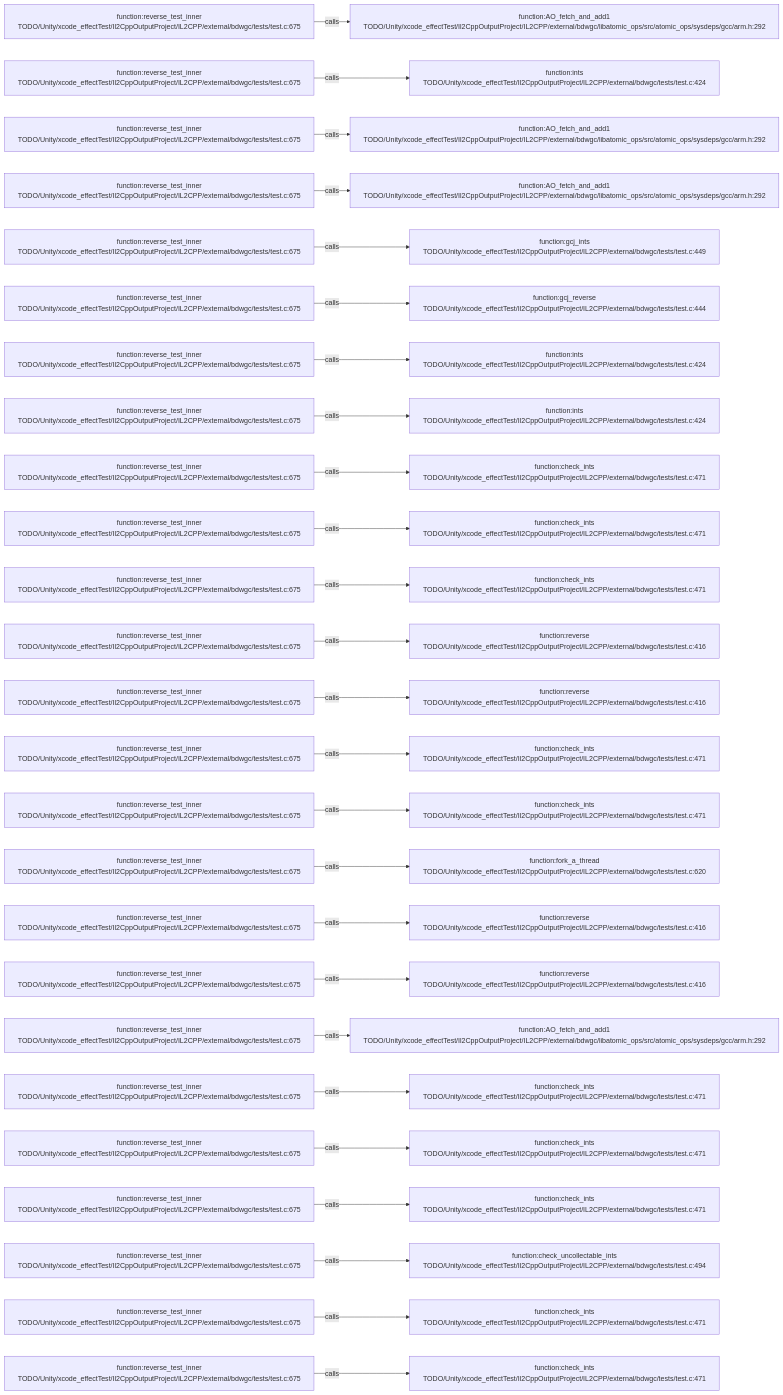
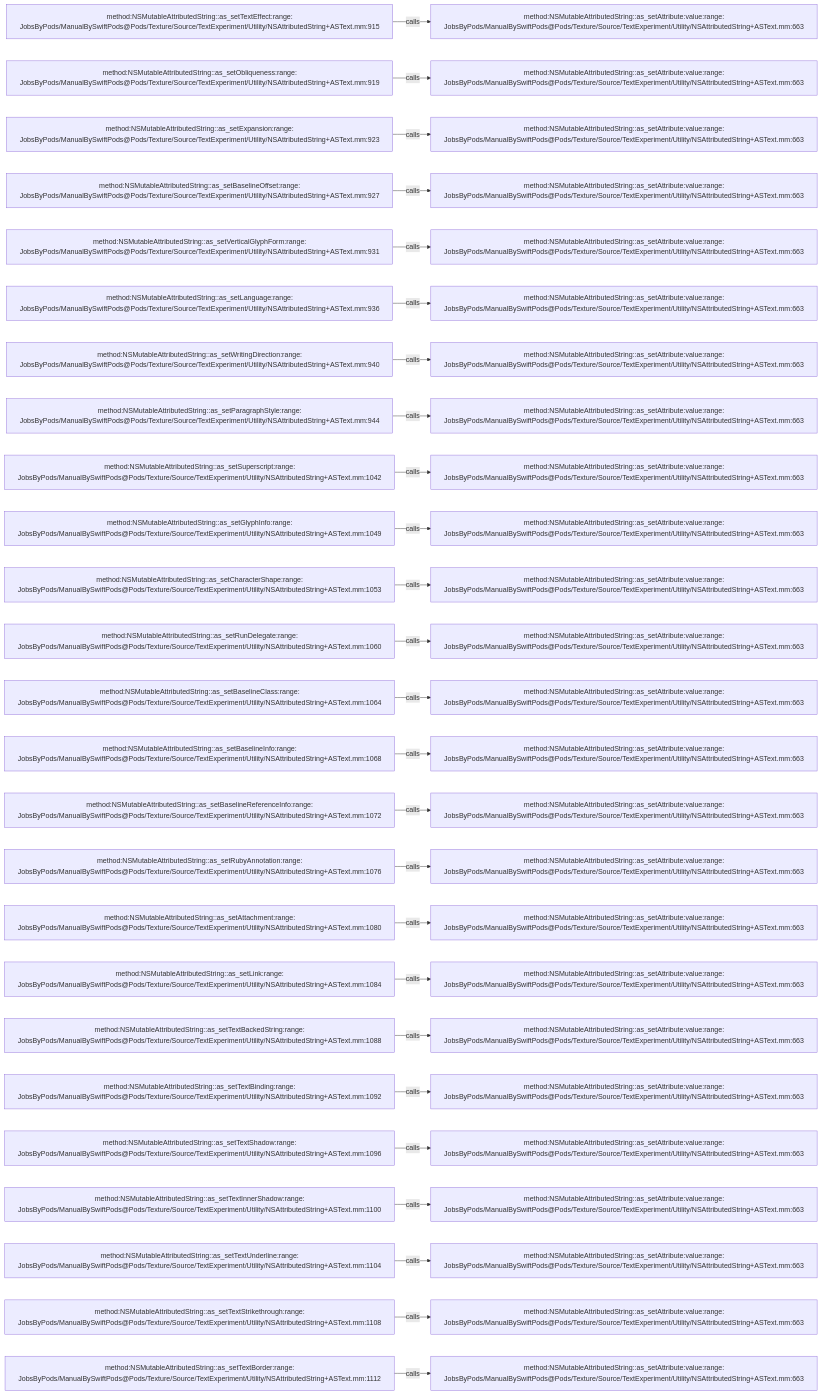
Before and after one commit to JobsKits/JobsSwiftBaseConfigDemo: the diagram in .codegraph/codegraph.md/graphs/calls-165.md, drawn with Mermaid. The commit also changed 2959 other files, not shown here.

````diff
--- a/.codegraph/codegraph.md/graphs/calls-165.md
+++ b/.codegraph/codegraph.md/graphs/calls-165.md
@@ -13,78 +13,78 @@
 ```mermaid
 flowchart LR
-  S1["function:reverse_test_inner<br/>TODO/Unity/xcode_effectTest/Il2CppOutputProject/IL2CPP/external/bdwgc/tests/test.c:675"]
-  T1["function:AO_fetch_and_add1<br/>TODO/Unity/xcode_effectTest/Il2CppOutputProject/IL2CPP/external/bdwgc/libatomic_ops/src/atomic_ops/sysdeps/gcc/arm.h:292"]
+  S1["method:NSMutableAttributedString::as_setTextEffect:range:<br/>JobsByPods/ManualBySwiftPods@Pods/Texture/Source/TextExperiment/Utility/NSAttributedString+ASText.mm:915"]
+  T1["method:NSMutableAttributedString::as_setAttribute:value:range:<br/>JobsByPods/ManualBySwiftPods@Pods/Texture/Source/TextExperiment/Utility/NSAttributedString+ASText.mm:663"]
   S1 -->|calls| T1
-  S2["function:reverse_test_inner<br/>TODO/Unity/xcode_effectTest/Il2CppOutputProject/IL2CPP/external/bdwgc/tests/test.c:675"]
-  T2["function:ints<br/>TODO/Unity/xcode_effectTest/Il2CppOutputProject/IL2CPP/external/bdwgc/tests/test.c:424"]
+  S2["method:NSMutableAttributedString::as_setObliqueness:range:<br/>JobsByPods/ManualBySwiftPods@Pods/Texture/Source/TextExperiment/Utility/NSAttributedString+ASText.mm:919"]
+  T2["method:NSMutableAttributedString::as_setAttribute:value:range:<br/>JobsByPods/ManualBySwiftPods@Pods/Texture/Source/TextExperiment/Utility/NSAttributedString+ASText.mm:663"]
   S2 -->|calls| T2
-  S3["function:reverse_test_inner<br/>TODO/Unity/xcode_effectTest/Il2CppOutputProject/IL2CPP/external/bdwgc/tests/test.c:675"]
-  T3["function:AO_fetch_and_add1<br/>TODO/Unity/xcode_effectTest/Il2CppOutputProject/IL2CPP/external/bdwgc/libatomic_ops/src/atomic_ops/sysdeps/gcc/arm.h:292"]
+  S3["method:NSMutableAttributedString::as_setExpansion:range:<br/>JobsByPods/ManualBySwiftPods@Pods/Texture/Source/TextExperiment/Utility/NSAttributedString+ASText.mm:923"]
+  T3["method:NSMutableAttributedString::as_setAttribute:value:range:<br/>JobsByPods/ManualBySwiftPods@Pods/Texture/Source/TextExperiment/Utility/NSAttributedString+ASText.mm:663"]
   S3 -->|calls| T3
-  S4["function:reverse_test_inner<br/>TODO/Unity/xcode_effectTest/Il2CppOutputProject/IL2CPP/external/bdwgc/tests/test.c:675"]
-  T4["function:AO_fetch_and_add1<br/>TODO/Unity/xcode_effectTest/Il2CppOutputProject/IL2CPP/external/bdwgc/libatomic_ops/src/atomic_ops/sysdeps/gcc/arm.h:292"]
+  S4["method:NSMutableAttributedString::as_setBaselineOffset:range:<br/>JobsByPods/ManualBySwiftPods@Pods/Texture/Source/TextExperiment/Utility/NSAttributedString+ASText.mm:927"]
+  T4["method:NSMutableAttributedString::as_setAttribute:value:range:<br/>JobsByPods/ManualBySwiftPods@Pods/Texture/Source/TextExperiment/Utility/NSAttributedString+ASText.mm:663"]
   S4 -->|calls| T4
-  S5["function:reverse_test_inner<br/>TODO/Unity/xcode_effectTest/Il2CppOutputProject/IL2CPP/external/bdwgc/tests/test.c:675"]
-  T5["function:gcj_ints<br/>TODO/Unity/xcode_effectTest/Il2CppOutputProject/IL2CPP/external/bdwgc/tests/test.c:449"]
+  S5["method:NSMutableAttributedString::as_setVerticalGlyphForm:range:<br/>JobsByPods/ManualBySwiftPods@Pods/Texture/Source/TextExperiment/Utility/NSAttributedString+ASText.mm:931"]
+  T5["method:NSMutableAttributedString::as_setAttribute:value:range:<br/>JobsByPods/ManualBySwiftPods@Pods/Texture/Source/TextExperiment/Utility/NSAttributedString+ASText.mm:663"]
   S5 -->|calls| T5
-  S6["function:reverse_test_inner<br/>TODO/Unity/xcode_effectTest/Il2CppOutputProject/IL2CPP/external/bdwgc/tests/test.c:675"]
-  T6["function:gcj_reverse<br/>TODO/Unity/xcode_effectTest/Il2CppOutputProject/IL2CPP/external/bdwgc/tests/test.c:444"]
+  S6["method:NSMutableAttributedString::as_setLanguage:range:<br/>JobsByPods/ManualBySwiftPods@Pods/Texture/Source/TextExperiment/Utility/NSAttributedString+ASText.mm:936"]
+  T6["method:NSMutableAttributedString::as_setAttribute:value:range:<br/>JobsByPods/ManualBySwiftPods@Pods/Texture/Source/TextExperiment/Utility/NSAttributedString+ASText.mm:663"]
   S6 -->|calls| T6
-  S7["function:reverse_test_inner<br/>TODO/Unity/xcode_effectTest/Il2CppOutputProject/IL2CPP/external/bdwgc/tests/test.c:675"]
-  T7["function:ints<br/>TODO/Unity/xcode_effectTest/Il2CppOutputProject/IL2CPP/external/bdwgc/tests/test.c:424"]
+  S7["method:NSMutableAttributedString::as_setWritingDirection:range:<br/>JobsByPods/ManualBySwiftPods@Pods/Texture/Source/TextExperiment/Utility/NSAttributedString+ASText.mm:940"]
+  T7["method:NSMutableAttributedString::as_setAttribute:value:range:<br/>JobsByPods/ManualBySwiftPods@Pods/Texture/Source/TextExperiment/Utility/NSAttributedString+ASText.mm:663"]
   S7 -->|calls| T7
-  S8["function:reverse_test_inner<br/>TODO/Unity/xcode_effectTest/Il2CppOutputProject/IL2CPP/external/bdwgc/tests/test.c:675"]
-  T8["function:ints<br/>TODO/Unity/xcode_effectTest/Il2CppOutputProject/IL2CPP/external/bdwgc/tests/test.c:424"]
+  S8["method:NSMutableAttributedString::as_setParagraphStyle:range:<br/>JobsByPods/ManualBySwiftPods@Pods/Texture/Source/TextExperiment/Utility/NSAttributedString+ASText.mm:944"]
+  T8["method:NSMutableAttributedString::as_setAttribute:value:range:<br/>JobsByPods/ManualBySwiftPods@Pods/Texture/Source/TextExperiment/Utility/NSAttributedString+ASText.mm:663"]
   S8 -->|calls| T8
-  S9["function:reverse_test_inner<br/>TODO/Unity/xcode_effectTest/Il2CppOutputProject/IL2CPP/external/bdwgc/tests/test.c:675"]
-  T9["function:check_ints<br/>TODO/Unity/xcode_effectTest/Il2CppOutputProject/IL2CPP/external/bdwgc/tests/test.c:471"]
+  S9["method:NSMutableAttributedString::as_setSuperscript:range:<br/>JobsByPods/ManualBySwiftPods@Pods/Texture/Source/TextExperiment/Utility/NSAttributedString+ASText.mm:1042"]
+  T9["method:NSMutableAttributedString::as_setAttribute:value:range:<br/>JobsByPods/ManualBySwiftPods@Pods/Texture/Source/TextExperiment/Utility/NSAttributedString+ASText.mm:663"]
   S9 -->|calls| T9
-  S10["function:reverse_test_inner<br/>TODO/Unity/xcode_effectTest/Il2CppOutputProject/IL2CPP/external/bdwgc/tests/test.c:675"]
-  T10["function:check_ints<br/>TODO/Unity/xcode_effectTest/Il2CppOutputProject/IL2CPP/external/bdwgc/tests/test.c:471"]
+  S10["method:NSMutableAttributedString::as_setGlyphInfo:range:<br/>JobsByPods/ManualBySwiftPods@Pods/Texture/Source/TextExperiment/Utility/NSAttributedString+ASText.mm:1049"]
+  T10["method:NSMutableAttributedString::as_setAttribute:value:range:<br/>JobsByPods/ManualBySwiftPods@Pods/Texture/Source/TextExperiment/Utility/NSAttributedString+ASText.mm:663"]
   S10 -->|calls| T10
-  S11["function:reverse_test_inner<br/>TODO/Unity/xcode_effectTest/Il2CppOutputProject/IL2CPP/external/bdwgc/tests/test.c:675"]
-  T11["function:check_ints<br/>TODO/Unity/xcode_effectTest/Il2CppOutputProject/IL2CPP/external/bdwgc/tests/test.c:471"]
+  S11["method:NSMutableAttributedString::as_setCharacterShape:range:<br/>JobsByPods/ManualBySwiftPods@Pods/Texture/Source/TextExperiment/Utility/NSAttributedString+ASText.mm:1053"]
+  T11["method:NSMutableAttributedString::as_setAttribute:value:range:<br/>JobsByPods/ManualBySwiftPods@Pods/Texture/Source/TextExperiment/Utility/NSAttributedString+ASText.mm:663"]
   S11 -->|calls| T11
-  S12["function:reverse_test_inner<br/>TODO/Unity/xcode_effectTest/Il2CppOutputProject/IL2CPP/external/bdwgc/tests/test.c:675"]
-  T12["function:reverse<br/>TODO/Unity/xcode_effectTest/Il2CppOutputProject/IL2CPP/external/bdwgc/tests/test.c:416"]
+  S12["method:NSMutableAttributedString::as_setRunDelegate:range:<br/>JobsByPods/ManualBySwiftPods@Pods/Texture/Source/TextExperiment/Utility/NSAttributedString+ASText.mm:1060"]
+  T12["method:NSMutableAttributedString::as_setAttribute:value:range:<br/>JobsByPods/ManualBySwiftPods@Pods/Texture/Source/TextExperiment/Utility/NSAttributedString+ASText.mm:663"]
   S12 -->|calls| T12
-  S13["function:reverse_test_inner<br/>TODO/Unity/xcode_effectTest/Il2CppOutputProject/IL2CPP/external/bdwgc/tests/test.c:675"]
-  T13["function:reverse<br/>TODO/Unity/xcode_effectTest/Il2CppOutputProject/IL2CPP/external/bdwgc/tests/test.c:416"]
+  S13["method:NSMutableAttributedString::as_setBaselineClass:range:<br/>JobsByPods/ManualBySwiftPods@Pods/Texture/Source/TextExperiment/Utility/NSAttributedString+ASText.mm:1064"]
+  T13["method:NSMutableAttributedString::as_setAttribute:value:range:<br/>JobsByPods/ManualBySwiftPods@Pods/Texture/Source/TextExperiment/Utility/NSAttributedString+ASText.mm:663"]
   S13 -->|calls| T13
-  S14["function:reverse_test_inner<br/>TODO/Unity/xcode_effectTest/Il2CppOutputProject/IL2CPP/external/bdwgc/tests/test.c:675"]
-  T14["function:check_ints<br/>TODO/Unity/xcode_effectTest/Il2CppOutputProject/IL2CPP/external/bdwgc/tests/test.c:471"]
+  S14["method:NSMutableAttributedString::as_setBaselineInfo:range:<br/>JobsByPods/ManualBySwiftPods@Pods/Texture/Source/TextExperiment/Utility/NSAttributedString+ASText.mm:1068"]
+  T14["method:NSMutableAttributedString::as_setAttribute:value:range:<br/>JobsByPods/ManualBySwiftPods@Pods/Texture/Source/TextExperiment/Utility/NSAttributedString+ASText.mm:663"]
   S14 -->|calls| T14
-  S15["function:reverse_test_inner<br/>TODO/Unity/xcode_effectTest/Il2CppOutputProject/IL2CPP/external/bdwgc/tests/test.c:675"]
-  T15["function:check_ints<br/>TODO/Unity/xcode_effectTest/Il2CppOutputProject/IL2CPP/external/bdwgc/tests/test.c:471"]
+  S15["method:NSMutableAttributedString::as_setBaselineReferenceInfo:range:<br/>JobsByPods/ManualBySwiftPods@Pods/Texture/Source/TextExperiment/Utility/NSAttributedString+ASText.mm:1072"]
+  T15["method:NSMutableAttributedString::as_setAttribute:value:range:<br/>JobsByPods/ManualBySwiftPods@Pods/Texture/Source/TextExperiment/Utility/NSAttributedString+ASText.mm:663"]
   S15 -->|calls| T15
-  S16["function:reverse_test_inner<br/>TODO/Unity/xcode_effectTest/Il2CppOutputProject/IL2CPP/external/bdwgc/tests/test.c:675"]
-  T16["function:fork_a_thread<br/>TODO/Unity/xcode_effectTest/Il2CppOutputProject/IL2CPP/external/bdwgc/tests/test.c:620"]
+  S16["method:NSMutableAttributedString::as_setRubyAnnotation:range:<br/>JobsByPods/ManualBySwiftPods@Pods/Texture/Source/TextExperiment/Utility/NSAttributedString+ASText.mm:1076"]
+  T16["method:NSMutableAttributedString::as_setAttribute:value:range:<br/>JobsByPods/ManualBySwiftPods@Pods/Texture/Source/TextExperiment/Utility/NSAttributedString+ASText.mm:663"]
   S16 -->|calls| T16
-  S17["function:reverse_test_inner<br/>TODO/Unity/xcode_effectTest/Il2CppOutputProject/IL2CPP/external/bdwgc/tests/test.c:675"]
-  T17["function:reverse<br/>TODO/Unity/xcode_effectTest/Il2CppOutputProject/IL2CPP/external/bdwgc/tests/test.c:416"]
+  S17["method:NSMutableAttributedString::as_setAttachment:range:<br/>JobsByPods/ManualBySwiftPods@Pods/Texture/Source/TextExperiment/Utility/NSAttributedString+ASText.mm:1080"]
+  T17["method:NSMutableAttributedString::as_setAttribute:value:range:<br/>JobsByPods/ManualBySwiftPods@Pods/Texture/Source/TextExperiment/Utility/NSAttributedString+ASText.mm:663"]
   S17 -->|calls| T17
-  S18["function:reverse_test_inner<br/>TODO/Unity/xcode_effectTest/Il2CppOutputProject/IL2CPP/external/bdwgc/tests/test.c:675"]
-  T18["function:reverse<br/>TODO/Unity/xcode_effectTest/Il2CppOutputProject/IL2CPP/external/bdwgc/tests/test.c:416"]
+  S18["method:NSMutableAttributedString::as_setLink:range:<br/>JobsByPods/ManualBySwiftPods@Pods/Texture/Source/TextExperiment/Utility/NSAttributedString+ASText.mm:1084"]
+  T18["method:NSMutableAttributedString::as_setAttribute:value:range:<br/>JobsByPods/ManualBySwiftPods@Pods/Texture/Source/TextExperiment/Utility/NSAttributedString+ASText.mm:663"]
   S18 -->|calls| T18
-  S19["function:reverse_test_inner<br/>TODO/Unity/xcode_effectTest/Il2CppOutputProject/IL2CPP/external/bdwgc/tests/test.c:675"]
-  T19["function:AO_fetch_and_add1<br/>TODO/Unity/xcode_effectTest/Il2CppOutputProject/IL2CPP/external/bdwgc/libatomic_ops/src/atomic_ops/sysdeps/gcc/arm.h:292"]
+  S19["method:NSMutableAttributedString::as_setTextBackedString:range:<br/>JobsByPods/ManualBySwiftPods@Pods/Texture/Source/TextExperiment/Utility/NSAttributedString+ASText.mm:1088"]
+  T19["method:NSMutableAttributedString::as_setAttribute:value:range:<br/>JobsByPods/ManualBySwiftPods@Pods/Texture/Source/TextExperiment/Utility/NSAttributedString+ASText.mm:663"]
   S19 -->|calls| T19
-  S20["function:reverse_test_inner<br/>TODO/Unity/xcode_effectTest/Il2CppOutputProject/IL2CPP/external/bdwgc/tests/test.c:675"]
-  T20["function:check_ints<br/>TODO/Unity/xcode_effectTest/Il2CppOutputProject/IL2CPP/external/bdwgc/tests/test.c:471"]
+  S20["method:NSMutableAttributedString::as_setTextBinding:range:<br/>JobsByPods/ManualBySwiftPods@Pods/Texture/Source/TextExperiment/Utility/NSAttributedString+ASText.mm:1092"]
+  T20["method:NSMutableAttributedString::as_setAttribute:value:range:<br/>JobsByPods/ManualBySwiftPods@Pods/Texture/Source/TextExperiment/Utility/NSAttributedString+ASText.mm:663"]
   S20 -->|calls| T20
-  S21["function:reverse_test_inner<br/>TODO/Unity/xcode_effectTest/Il2CppOutputProject/IL2CPP/external/bdwgc/tests/test.c:675"]
-  T21["function:check_ints<br/>TODO/Unity/xcode_effectTest/Il2CppOutputProject/IL2CPP/external/bdwgc/tests/test.c:471"]
+  S21["method:NSMutableAttributedString::as_setTextShadow:range:<br/>JobsByPods/ManualBySwiftPods@Pods/Texture/Source/TextExperiment/Utility/NSAttributedString+ASText.mm:1096"]
+  T21["method:NSMutableAttributedString::as_setAttribute:value:range:<br/>JobsByPods/ManualBySwiftPods@Pods/Texture/Source/TextExperiment/Utility/NSAttributedString+ASText.mm:663"]
   S21 -->|calls| T21
-  S22["function:reverse_test_inner<br/>TODO/Unity/xcode_effectTest/Il2CppOutputProject/IL2CPP/external/bdwgc/tests/test.c:675"]
-  T22["function:check_ints<br/>TODO/Unity/xcode_effectTest/Il2CppOutputProject/IL2CPP/external/bdwgc/tests/test.c:471"]
+  S22["method:NSMutableAttributedString::as_setTextInnerShadow:range:<br/>JobsByPods/ManualBySwiftPods@Pods/Texture/Source/TextExperiment/Utility/NSAttributedString+ASText.mm:1100"]
+  T22["method:NSMutableAttributedString::as_setAttribute:value:range:<br/>JobsByPods/ManualBySwiftPods@Pods/Texture/Source/TextExperiment/Utility/NSAttributedString+ASText.mm:663"]
   S22 -->|calls| T22
-  S23["function:reverse_test_inner<br/>TODO/Unity/xcode_effectTest/Il2CppOutputProject/IL2CPP/external/bdwgc/tests/test.c:675"]
-  T23["function:check_uncollectable_ints<br/>TODO/Unity/xcode_effectTest/Il2CppOutputProject/IL2CPP/external/bdwgc/tests/test.c:494"]
+  S23["method:NSMutableAttributedString::as_setTextUnderline:range:<br/>JobsByPods/ManualBySwiftPods@Pods/Texture/Source/TextExperiment/Utility/NSAttributedString+ASText.mm:1104"]
+  T23["method:NSMutableAttributedString::as_setAttribute:value:range:<br/>JobsByPods/ManualBySwiftPods@Pods/Texture/Source/TextExperiment/Utility/NSAttributedString+ASText.mm:663"]
   S23 -->|calls| T23
-  S24["function:reverse_test_inner<br/>TODO/Unity/xcode_effectTest/Il2CppOutputProject/IL2CPP/external/bdwgc/tests/test.c:675"]
-  T24["function:check_ints<br/>TODO/Unity/xcode_effectTest/Il2CppOutputProject/IL2CPP/external/bdwgc/tests/test.c:471"]
+  S24["method:NSMutableAttributedString::as_setTextStrikethrough:range:<br/>JobsByPods/ManualBySwiftPods@Pods/Texture/Source/TextExperiment/Utility/NSAttributedString+ASText.mm:1108"]
+  T24["method:NSMutableAttributedString::as_setAttribute:value:range:<br/>JobsByPods/ManualBySwiftPods@Pods/Texture/Source/TextExperiment/Utility/NSAttributedString+ASText.mm:663"]
   S24 -->|calls| T24
-  S25["function:reverse_test_inner<br/>TODO/Unity/xcode_effectTest/Il2CppOutputProject/IL2CPP/external/bdwgc/tests/test.c:675"]
-  T25["function:check_ints<br/>TODO/Unity/xcode_effectTest/Il2CppOutputProject/IL2CPP/external/bdwgc/tests/test.c:471"]
+  S25["method:NSMutableAttributedString::as_setTextBorder:range:<br/>JobsByPods/ManualBySwiftPods@Pods/Texture/Source/TextExperiment/Utility/NSAttributedString+ASText.mm:1112"]
+  T25["method:NSMutableAttributedString::as_setAttribute:value:range:<br/>JobsByPods/ManualBySwiftPods@Pods/Texture/Source/TextExperiment/Utility/NSAttributedString+ASText.mm:663"]
   S25 -->|calls| T25
 ```
````
